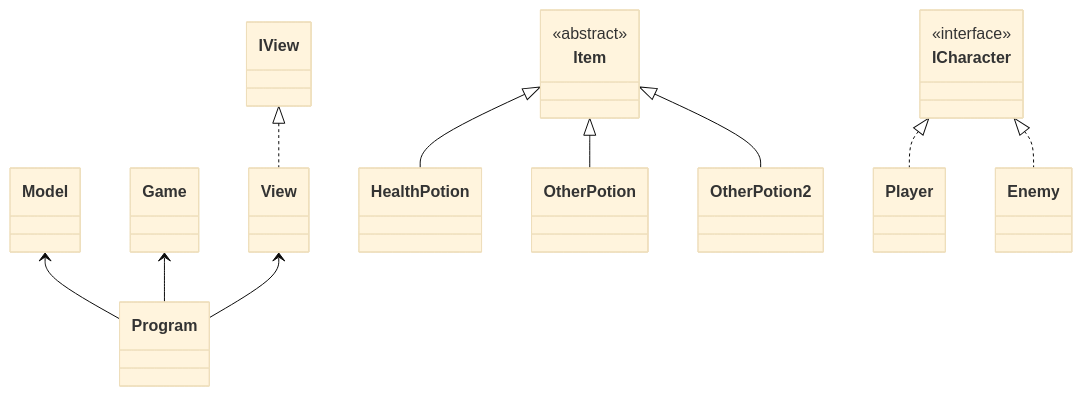
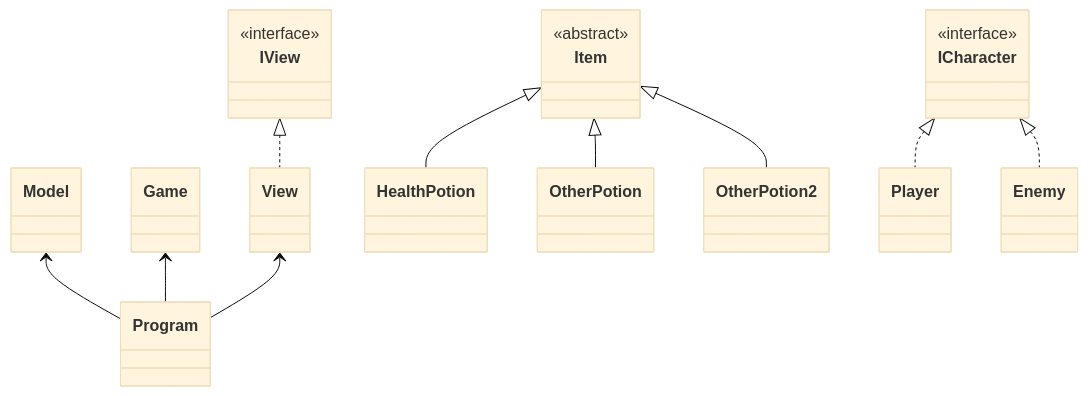
The diagram in README.md (bryanb619/DungeonCrawler), drawn with Mermaid (base theme) before and after one commit.

Commit message:
Add interface type to IView in UML (README)

````diff
--- a/README.md
+++ b/README.md
@@ -80,25 +80,28 @@
 ```mermaid
 
 classDiagram
 
   Model             <--    Program 
   Game              <--    Program      
   View              <--    Program 
 
   IView             <|..    View
 
   Item              <|--     HealthPotion
   Item              <|--     OtherPotion  
   Item              <|--     OtherPotion2  
 
   ICharacter        <|..     Player
   ICharacter        <|..     Enemy
 
 
   class Item 
   <<abstract>> Item 
 
   class ICharacter 
   <<interface>>  ICharacter 
 
+  class IView
+  <<interface>> IView 
+
 ```
````
